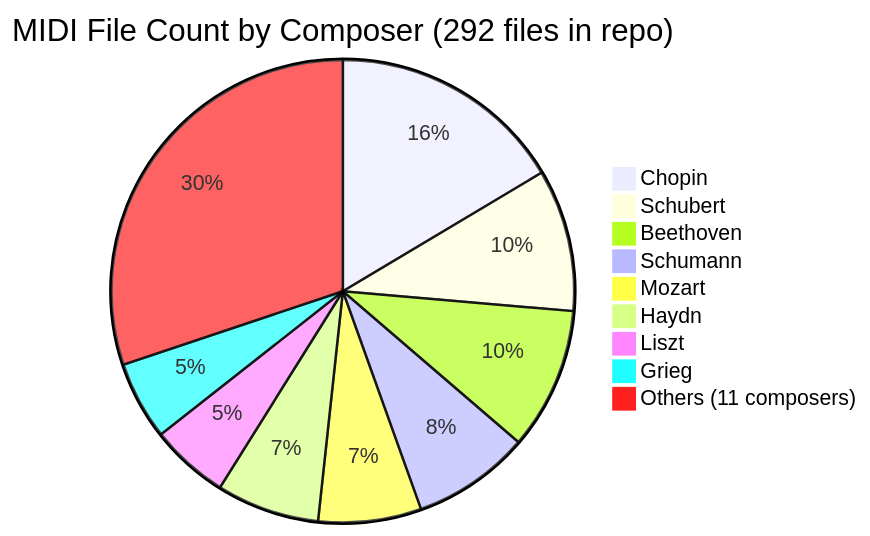
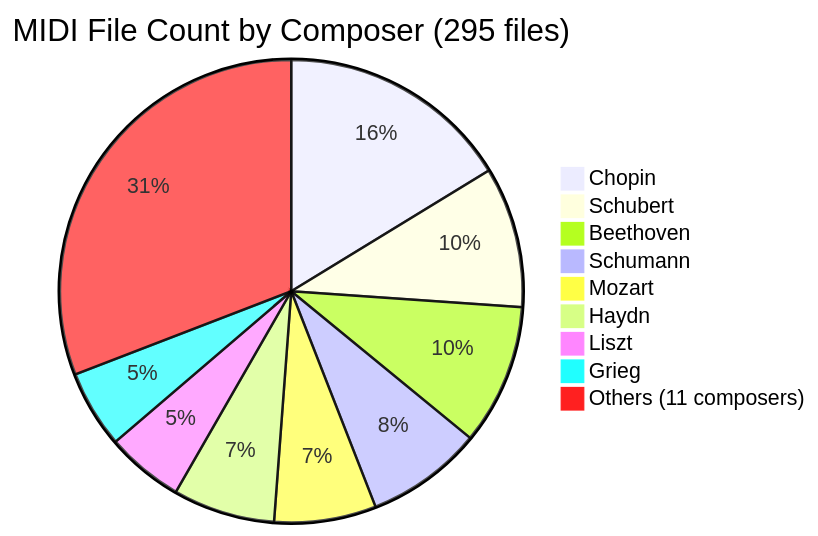
One commit to mperumal-usd/capstone_team_3 changed the second of 7 diagrams in website/docs/pipeline.md. Above: the diagram before and after it, drawn with Mermaid.

Commit message:
Fix composer count: 295 files (not 292)

````diff
--- a/website/docs/pipeline.md
+++ b/website/docs/pipeline.md
@@ -32,12 +32,12 @@
 ```mermaid
-pie title MIDI File Count by Composer (292 files in repo)
+pie title MIDI File Count by Composer (295 files)
     "Chopin" : 48
     "Schubert" : 29
     "Beethoven" : 29
     "Schumann" : 24
     "Mozart" : 21
     "Haydn" : 21
     "Liszt" : 16
     "Grieg" : 16
-    "Others (11 composers)" : 88
+    "Others (11 composers)" : 91
 ```
````
